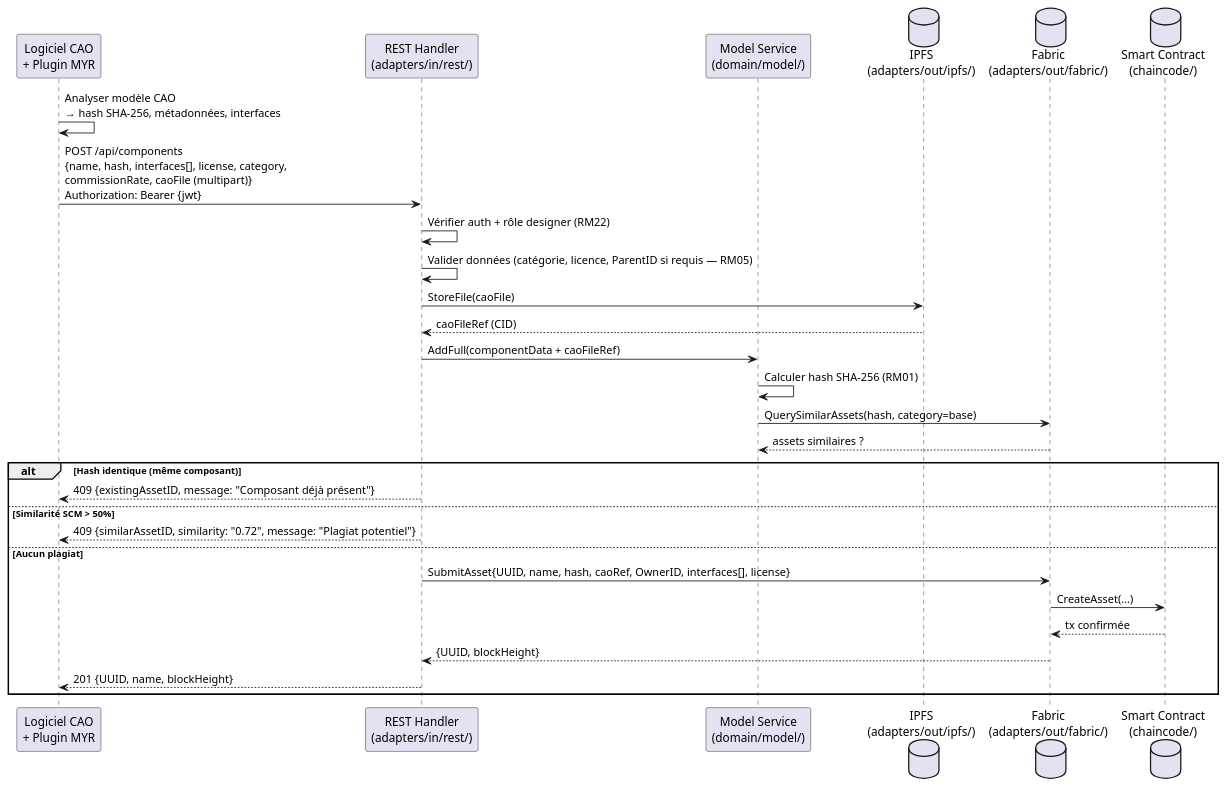
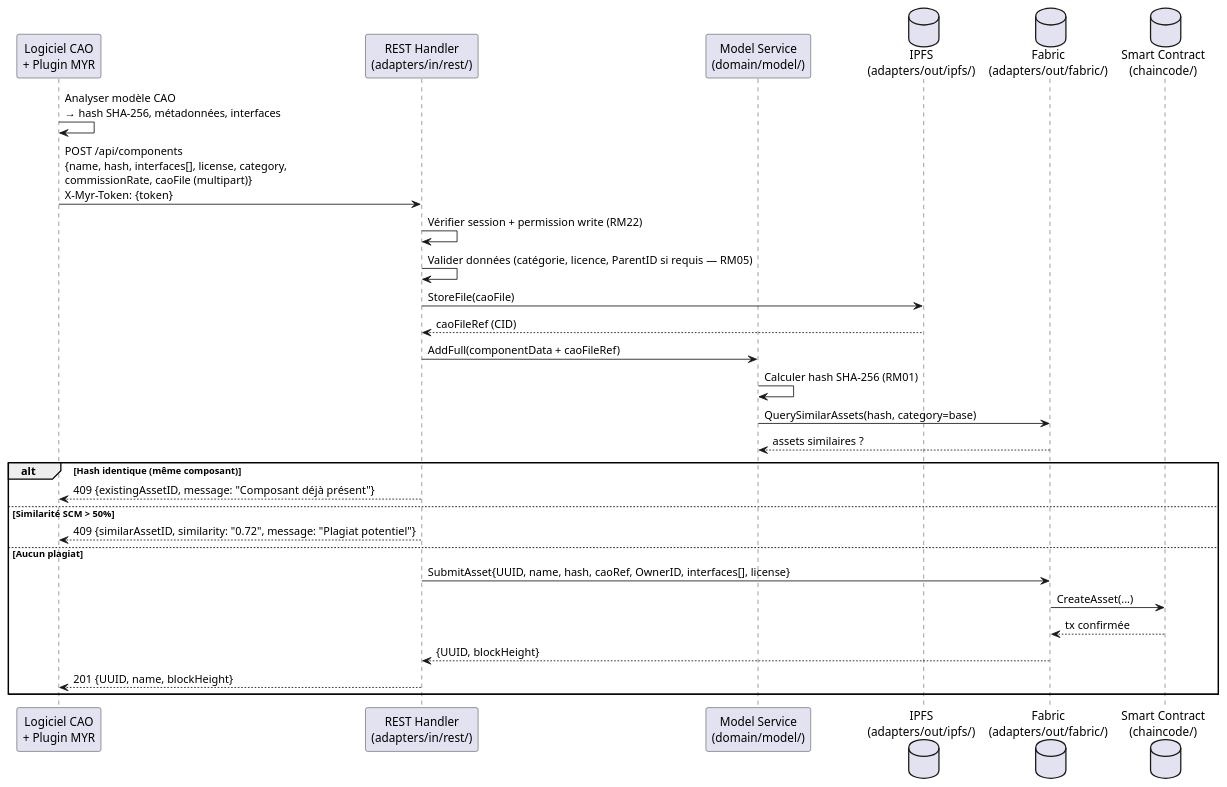
The second of 2 diagrams in specs/2-Analyse/UCAUT-Automatisation/UCAUT03.md (olivaux/myr), drawn with PlantUML before and after one commit. The commit also changed other lines of this file and 72 other files, not shown here.

````diff
--- a/specs/2-Analyse/UCAUT-Automatisation/UCAUT03.md
+++ b/specs/2-Analyse/UCAUT-Automatisation/UCAUT03.md
@@ -120,38 +120,38 @@
 ```plantuml
 @startuml
 participant "Logiciel CAO\n+ Plugin MYR" as Plugin
 participant "REST Handler\n(adapters/in/rest/)" as REST
 participant "Model Service\n(domain/model/)" as ModelSvc
 database "IPFS\n(adapters/out/ipfs/)" as IPFS
 database "Fabric\n(adapters/out/fabric/)" as Fabric
 database "Smart Contract\n(chaincode/)" as CC
 
 Plugin -> Plugin : Analyser modèle CAO\n→ hash SHA-256, métadonnées, interfaces
 
-Plugin -> REST : POST /api/components\n{name, hash, interfaces[], license, category,\ncommissionRate, caoFile (multipart)}\nAuthorization: Bearer {jwt}
-REST -> REST : Vérifier auth + rôle designer (RM22)
+Plugin -> REST : POST /api/components\n{name, hash, interfaces[], license, category,\ncommissionRate, caoFile (multipart)}\nX-Myr-Token: {token}
+REST -> REST : Vérifier session + permission write (RM22)
 REST -> REST : Valider données (catégorie, licence, ParentID si requis — RM05)
 
 REST -> IPFS : StoreFile(caoFile)
 IPFS --> REST : caoFileRef (CID)
 
 REST -> ModelSvc : AddFull(componentData + caoFileRef)
 ModelSvc -> ModelSvc : Calculer hash SHA-256 (RM01)
 ModelSvc -> Fabric : QuerySimilarAssets(hash, category=base)
 Fabric --> ModelSvc : assets similaires ?
 
 alt Hash identique (même composant)
     REST --> Plugin : 409 {existingAssetID, message: "Composant déjà présent"}
 else Similarité SCM > 50%
     REST --> Plugin : 409 {similarAssetID, similarity: "0.72", message: "Plagiat potentiel"}
 else Aucun plagiat
     REST -> Fabric : SubmitAsset{UUID, name, hash, caoRef, OwnerID, interfaces[], license}
     Fabric -> CC : CreateAsset(...)
     CC --> Fabric : tx confirmée
     Fabric --> REST : {UUID, blockHeight}
 
     REST --> Plugin : 201 {UUID, name, blockHeight}
 end
 
 @enduml
 ```
````
